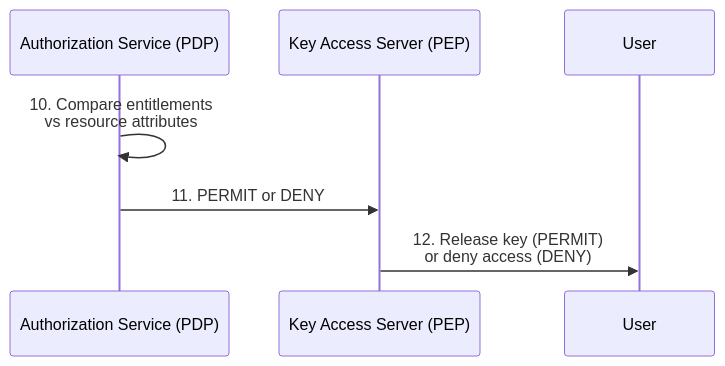
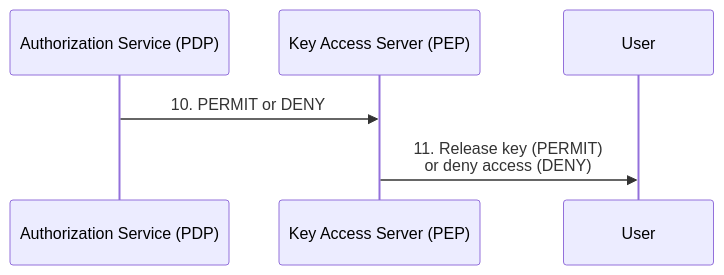
The fifth of 5 diagrams in docs/guides/subject-mapping-guide.md (opentdf/docs), drawn with Mermaid before and after one commit. The commit also changed other lines of this file, not shown here.

````diff
--- a/docs/guides/subject-mapping-guide.md
+++ b/docs/guides/subject-mapping-guide.md
@@ -214,10 +213,9 @@
 ```mermaid
 sequenceDiagram
     participant Auth as Authorization Service (PDP)
     participant KAS as Key Access Server (PEP)
     participant User
 
-    Auth->>Auth: 10. Compare entitlements<br/>vs resource attributes
-    Auth->>KAS: 11. PERMIT or DENY
-    KAS->>User: 12. Release key (PERMIT)<br/>or deny access (DENY)
+    Auth->>KAS: 10. PERMIT or DENY
+    KAS->>User: 11. Release key (PERMIT)<br/>or deny access (DENY)
 ```
````
